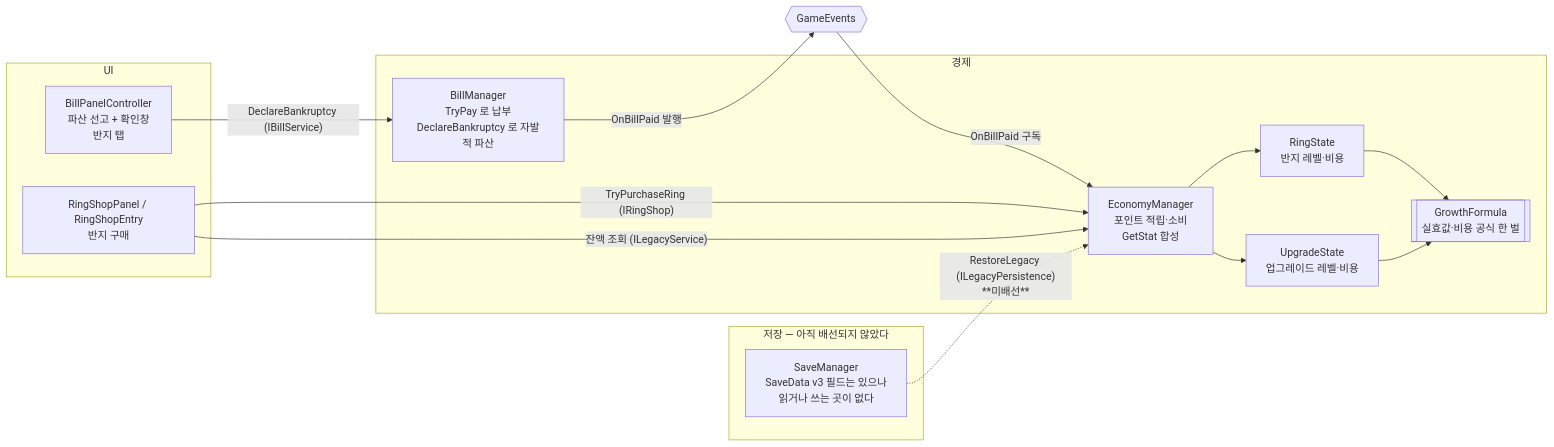
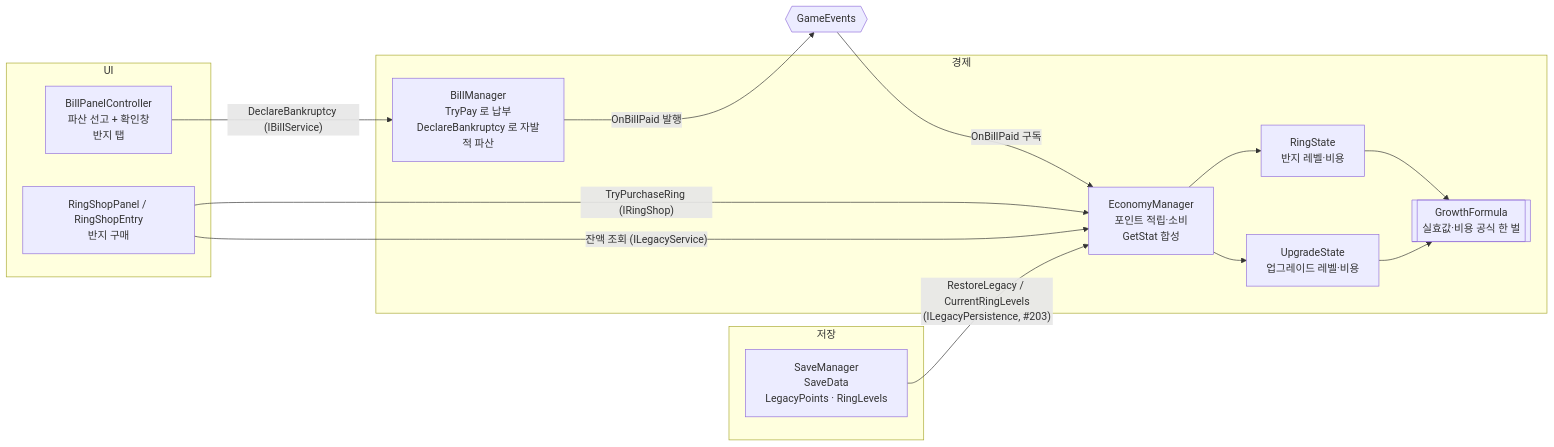
Before and after one commit to KDNA-Gwangju-1/NCAIClicker: the diagram in docs/TECH_NOTES/legacy-points.md, drawn with Mermaid. The commit also changed other lines of this file and 17 other files, not shown here.

````diff
--- a/docs/TECH_NOTES/legacy-points.md
+++ b/docs/TECH_NOTES/legacy-points.md
@@ -31,32 +30,32 @@
 ```mermaid
 flowchart LR
   subgraph Economy["경제"]
     bill[BillManager<br/>TryPay 로 납부<br/>DeclareBankruptcy 로 자발적 파산]
     econ[EconomyManager<br/>포인트 적립·소비<br/>GetStat 합성]
     rings[RingState<br/>반지 레벨·비용]
     ups[UpgradeState<br/>업그레이드 레벨·비용]
     formula[[GrowthFormula<br/>실효값·비용 공식 한 벌]]
   end
 
   subgraph UI["UI"]
     panel[BillPanelController<br/>파산 선고 + 확인창<br/>반지 탭]
     shop[RingShopPanel / RingShopEntry<br/>반지 구매]
   end
 
-  subgraph Save["저장 — 아직 배선되지 않았다"]
-    save[SaveManager<br/>SaveData v3 필드는 있으나<br/>읽거나 쓰는 곳이 없다]
+  subgraph Save["저장"]
+    save[SaveManager<br/>SaveData<br/>LegacyPoints · RingLevels]
   end
 
   events{{"GameEvents"}}
 
   bill -- "OnBillPaid 발행" --> events
   events -- "OnBillPaid 구독" --> econ
   econ --> rings
   econ --> ups
   rings --> formula
   ups --> formula
   panel -- "DeclareBankruptcy (IBillService)" --> bill
   shop -- "TryPurchaseRing (IRingShop)" --> econ
   shop -- "잔액 조회 (ILegacyService)" --> econ
-  save -. "RestoreLegacy (ILegacyPersistence)<br/>**미배선**" .-> econ
+  save -- "RestoreLegacy / CurrentRingLevels<br/>(ILegacyPersistence, #203)" --> econ
 ```
````
